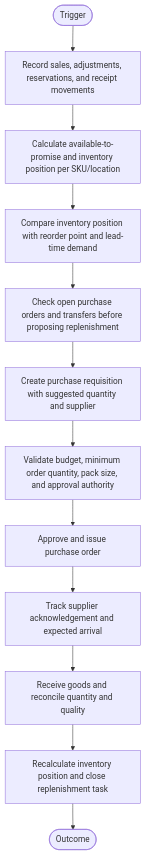
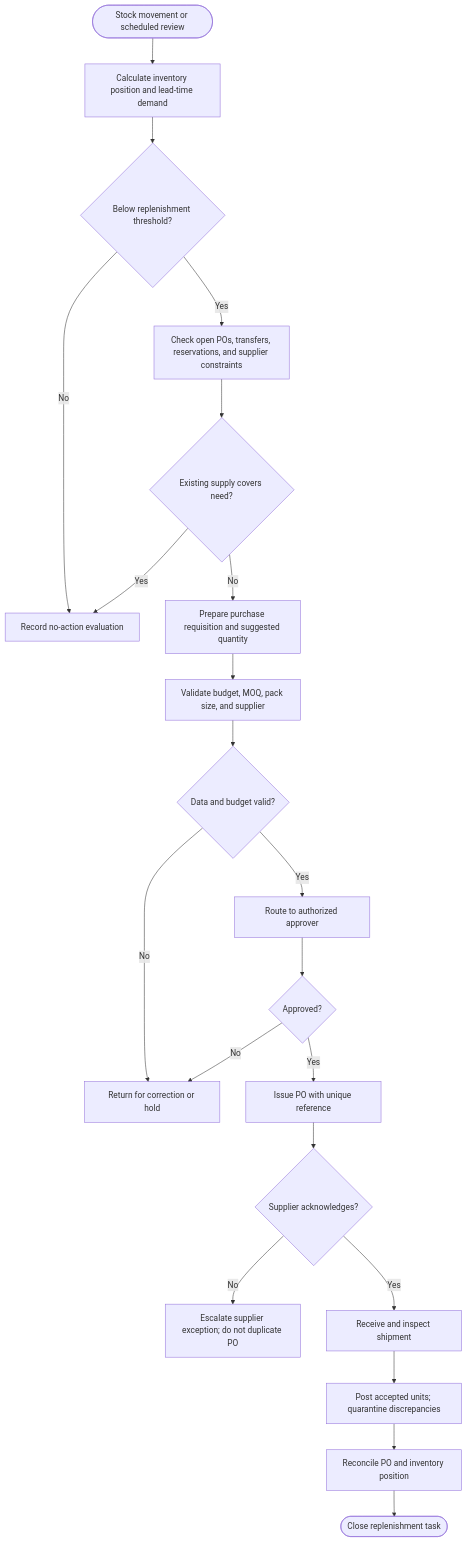
One commit to reviveproject4-source/visual-business-flows changed the first of 3 diagrams in 01-retail-and-pos/low-stock-alert-and-restock.md. Above: the diagram before and after it, drawn with Mermaid. The commit also changed other lines of this file and 14 other files, not shown here.

First line of the commit message:
Align workflow diagrams with business rules and exceptions

````diff
--- a/01-retail-and-pos/low-stock-alert-and-restock.md
+++ b/01-retail-and-pos/low-stock-alert-and-restock.md
@@ -55,24 +55,23 @@
 ```mermaid
 flowchart TD
-    Start([Trigger]) --> S1
-    S1[Record sales, adjustments, reservations, and receipt movements]
-    S2[Calculate available-to-promise and inventory position per SKU/location]
-    S3[Compare inventory position with reorder point and lead-time demand]
-    S4[Check open purchase orders and transfers before proposing replenishment]
-    S5[Create purchase requisition with suggested quantity and supplier]
-    S6[Validate budget, minimum order quantity, pack size, and approval authority]
-    S7[Approve and issue purchase order]
-    S8[Track supplier acknowledgement and expected arrival]
-    S9[Receive goods and reconcile quantity and quality]
-    S10[Recalculate inventory position and close replenishment task]
-    S1 --> S2
-    S2 --> S3
-    S3 --> S4
-    S4 --> S5
-    S5 --> S6
-    S6 --> S7
-    S7 --> S8
-    S8 --> S9
-    S9 --> S10
-    S10 --> End([Outcome])
+    A([Stock movement or scheduled review]) --> B[Calculate inventory position and lead-time demand]
+    B --> C{Below replenishment threshold?}
+    C -->|No| Z[Record no-action evaluation]
+    C -->|Yes| D[Check open POs, transfers, reservations, and supplier constraints]
+    D --> E{Existing supply covers need?}
+    E -->|Yes| Z
+    E -->|No| F[Prepare purchase requisition and suggested quantity]
+    F --> G[Validate budget, MOQ, pack size, and supplier]
+    G --> H{Data and budget valid?}
+    H -->|No| I[Return for correction or hold]
+    H -->|Yes| J[Route to authorized approver]
+    J --> K{Approved?}
+    K -->|No| I
+    K -->|Yes| L[Issue PO with unique reference]
+    L --> M{Supplier acknowledges?}
+    M -->|No| N[Escalate supplier exception; do not duplicate PO]
+    M -->|Yes| O[Receive and inspect shipment]
+    O --> P[Post accepted units; quarantine discrepancies]
+    P --> Q[Reconcile PO and inventory position]
+    Q --> R([Close replenishment task])
 ```
````
